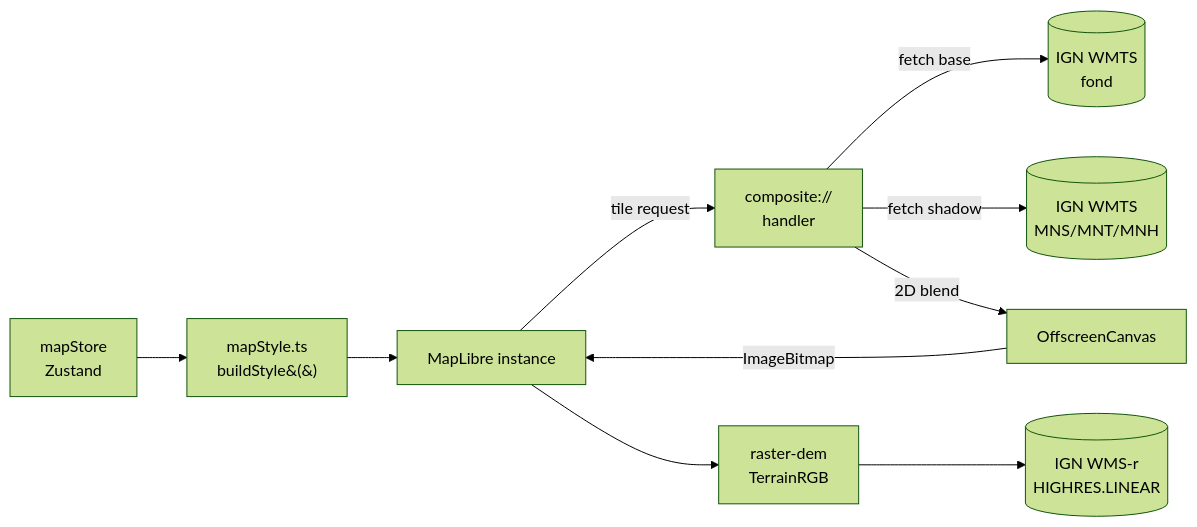
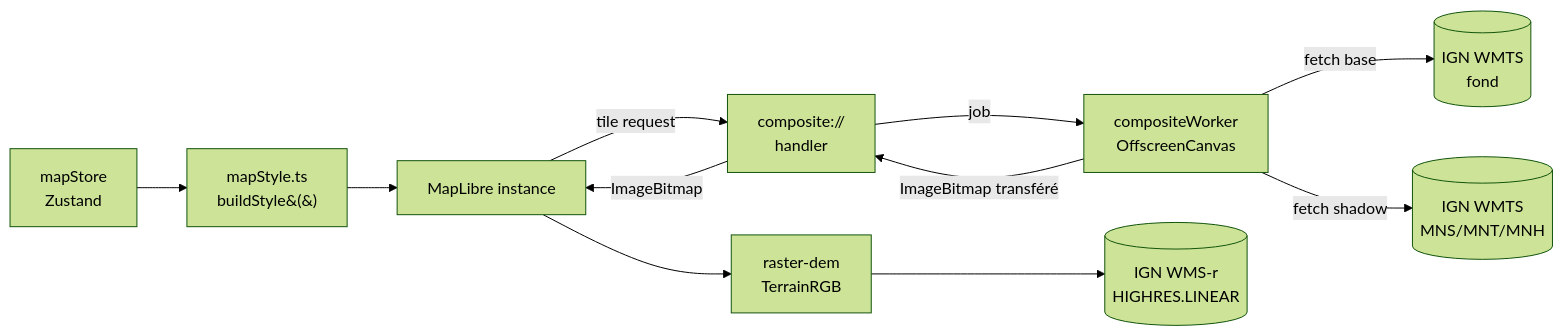
Before and after one commit to Plonk42/open-cairn: the first of 2 diagrams in docs/BASEMAPS_AND_HILLSHADE.md, drawn with Mermaid (forest theme). The commit also changed other lines of this file and 7 other files, not shown here.

First line of the commit message:
Refresh peak labels without waiting for idle, stop the viewpoint DEM reload loop, blend composite tiles in workers

````diff
--- a/docs/BASEMAPS_AND_HILLSHADE.md
+++ b/docs/BASEMAPS_AND_HILLSHADE.md
@@ -122,12 +122,13 @@
 ```mermaid
 flowchart LR
     Store[mapStore<br/>Zustand] --> Style[mapStyle.ts<br/>buildStyle&#40;&#41;]
     Style --> ML[MapLibre instance]
     ML -->|tile request| Proto["composite://<br/>handler"]
-    Proto -->|fetch base| WMTSb[(IGN WMTS<br/>fond)]
-    Proto -->|fetch shadow| WMTSs[(IGN WMTS<br/>MNS/MNT/MNH)]
-    Proto -->|2D blend| Canvas[OffscreenCanvas]
-    Canvas -->|ImageBitmap| ML
+    Proto -->|job| Worker[compositeWorker<br/>OffscreenCanvas]
+    Worker -->|fetch base| WMTSb[(IGN WMTS<br/>fond)]
+    Worker -->|fetch shadow| WMTSs[(IGN WMTS<br/>MNS/MNT/MNH)]
+    Worker -->|ImageBitmap transféré| Proto
+    Proto -->|ImageBitmap| ML
     ML --> Terrain[raster-dem<br/>TerrainRGB]
     Terrain --> WMSr[(IGN WMS-r<br/>HIGHRES.LINEAR)]
 ```
````
